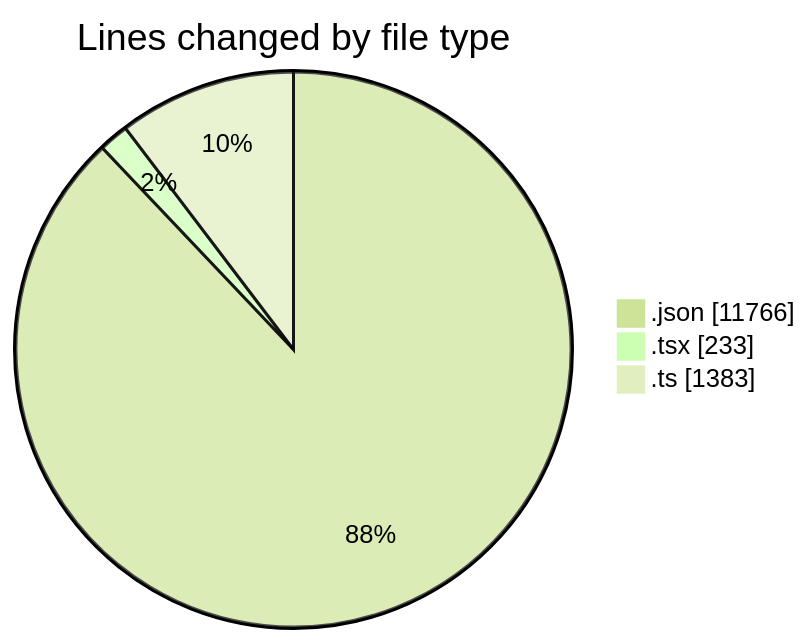
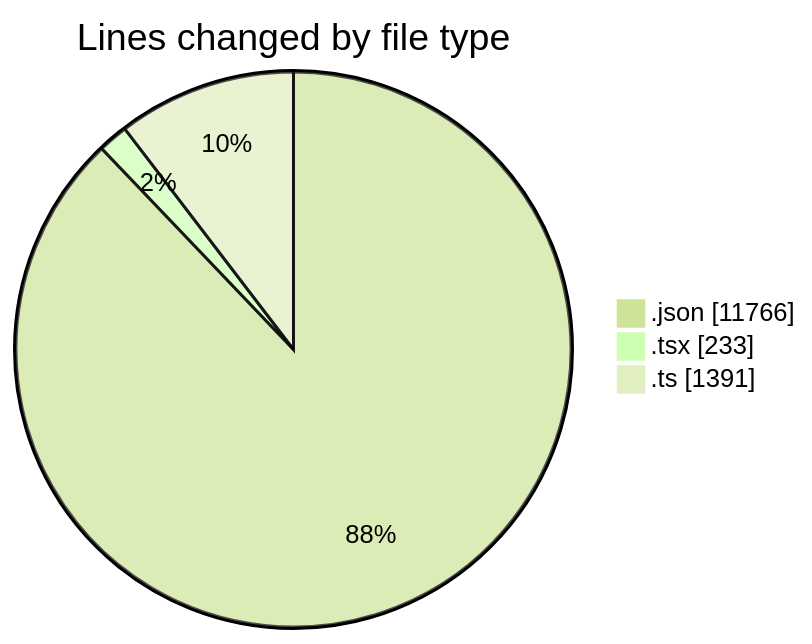
Before and after one commit to nxtqubesakshisongat/code-tracking: the first of 2 diagrams in 2026-04-16/airfeed-analytics-dashboard/README.md, drawn with Mermaid (forest theme). The commit also changed other lines of this file and 1 other file, not shown here.

````diff
--- a/2026-04-16/airfeed-analytics-dashboard/README.md
+++ b/2026-04-16/airfeed-analytics-dashboard/README.md
@@ -25,7 +25,7 @@
 ```mermaid
 pie showData
 title Lines changed by file type
 ".json" : 11766
 ".tsx" : 233
-".ts" : 1383
+".ts" : 1391
 ```
````
